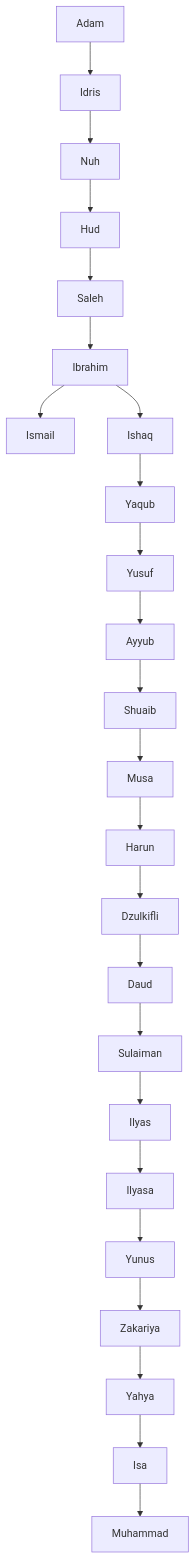
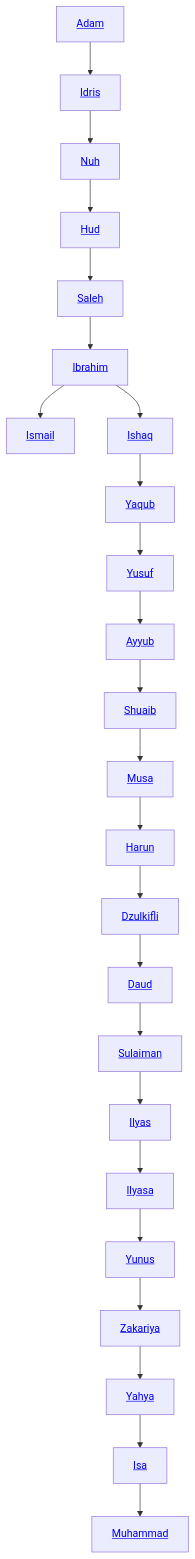
The diagram in index.md (bagustris/kisah-nabi), drawn with Mermaid before and after one commit. The commit also changed 1 other file, not shown here.

````diff
--- a/index.md
+++ b/index.md
@@ -7,51 +7,26 @@
 ```mermaid
 graph TD
-    Adam --> Idris
-    Idris --> Nuh
-    Nuh --> Hud
-    Hud --> Saleh
-    Saleh --> Ibrahim
-    Ibrahim --> Ismail
-    Ibrahim --> Ishaq
-    Ishaq --> Yaqub
-    Yaqub --> Yusuf
-    Yusuf --> Ayyub
-    Ayyub --> Shuaib
-    Shuaib --> Musa
-    Musa --> Harun
-    Harun --> Dzulkifli
-    Dzulkifli --> Daud
-    Daud --> Sulaiman
-    Sulaiman --> Ilyas
-    Ilyas --> Ilyasa
-    Ilyasa --> Yunus
-    Yunus --> Zakariya
-    Zakariya --> Yahya
-    Yahya --> Isa
-    Isa --> Muhammad
-
-    click Adam href "adam.md"
-    click Idris href "idris.md"
-    click Nuh href "nuh.md"
-    click Hud href "hud.md"
-    click Saleh href "saleh.md"
-    click Ibrahim href "ibrahim.md"
-    click Ismail href "ismail.md"
-    click Ishaq href "ishaq.md"
-    click Yaqub href "yaqub.md"
-    click Yusuf href "yusuf.md"
-    click Ayyub href "ayyub.md"
-    click Shuaib href "shuaib.md"
-    click Musa href "musa.md"
-    click Harun href "harun.md"
-    click Dzulkifli href "dzulkifli.md"
-    click Daud href "daud.md"
-    click Sulaiman href "sulaiman.md"
-    click Ilyas href "ilyas.md"
-    click Ilyasa href "ilyasa.md"
-    click Yunus href "yunus.md"
-    click Zakariya href "zakariya.md"
-    click Yahya href "yahya.md"
-    click Isa href "isa.md"
-    click Muhammad href "muhammad.md"
+A[<a href='adam.md'>Adam</a>] --> B[<a href='idris.md'>Idris</a>]
+    B --> C[<a href='nuh.md'>Nuh</a>]
+    C --> D[<a href='hud.md'>Hud</a>]
+    D --> E[<a href='saleh.md'>Saleh</a>]
+    E --> F[<a href='ibrahim.md'>Ibrahim</a>]
+    F --> G[<a href='ismail.md'>Ismail</a>]
+    F --> H[<a href='ishaq.md'>Ishaq</a>]
+    H --> I[<a href='yaqub.md'>Yaqub</a>]
+    I --> J[<a href='yusuf.md'>Yusuf</a>]
+    J --> K[<a href='ayyub.md'>Ayyub</a>]
+    K --> L[<a href='shuaib.md'>Shuaib</a>]
+    L --> M[<a href='musa.md'>Musa</a>]
+    M --> N[<a href='harun.md'>Harun</a>]
+    N --> O[<a href='dzulkifli.md'>Dzulkifli</a>]
+    O --> P[<a href='daud.md'>Daud</a>]
+    P --> Q[<a href='sulaiman.md'>Sulaiman</a>]
+    Q --> R[<a href='ilyas.md'>Ilyas</a>]
+    R --> S[<a href='ilyasa.md'>Ilyasa</a>]
+    S --> T[<a href='yunus.md'>Yunus</a>]
+    T --> U[<a href='zakariya.md'>Zakariya</a>]
+    U --> V[<a href='yahya.md'>Yahya</a>]
+    V --> W[<a href='isa.md'>Isa</a>]
+    W --> X[<a href='muhammad.md'>Muhammad</a>]
 ```
````
